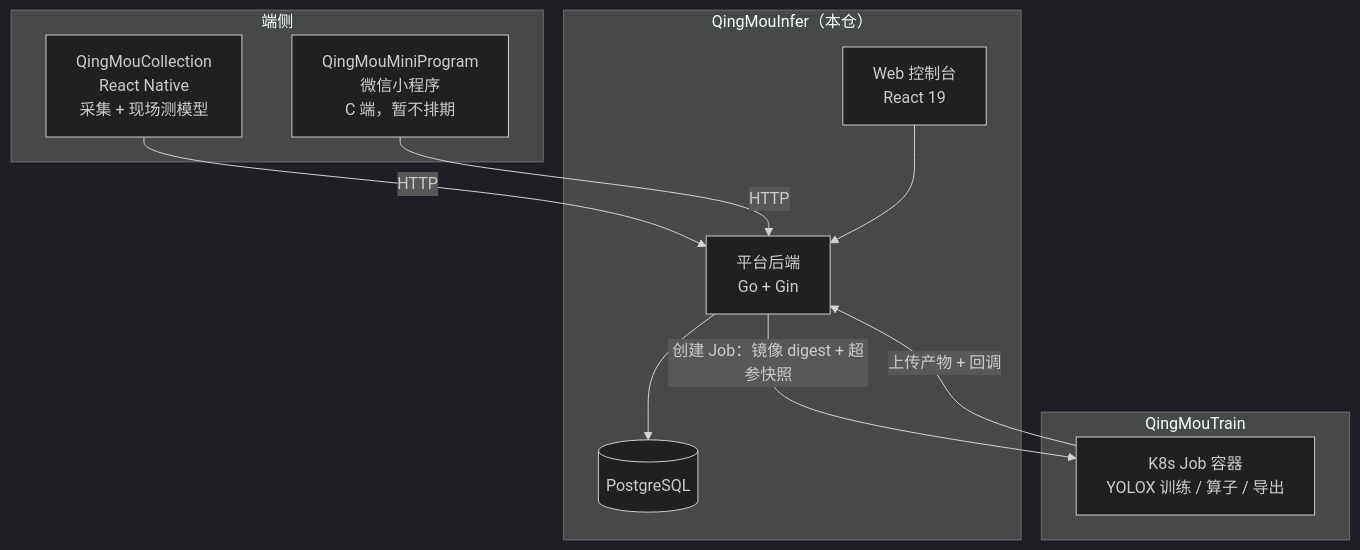
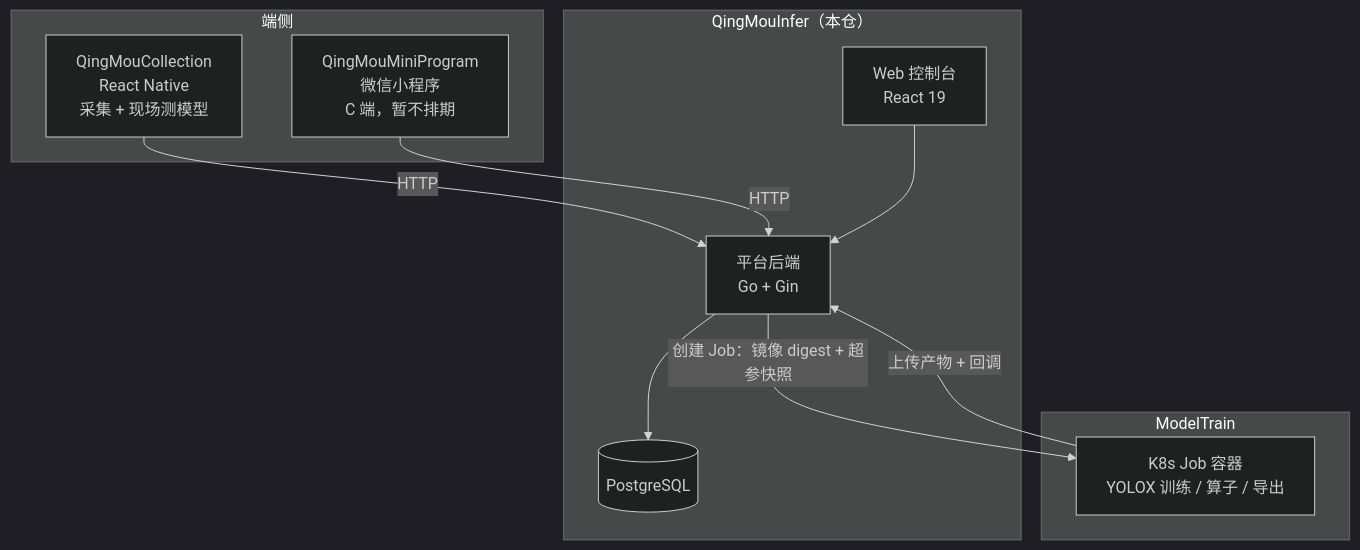
One commit to QingMouFoodDate/TrainPlatform changed the diagram in README.md. Above: the diagram before and after it, drawn with Mermaid (dark theme). The commit also changed other lines of this file, not shown here.

````diff
--- a/README.md
+++ b/README.md
@@ -42,22 +42,22 @@
 ```mermaid
 flowchart TB
     subgraph End["端侧"]
         RN["QingMouCollection<br/>React Native<br/>采集 + 现场测模型"]
         MP["QingMouMiniProgram<br/>微信小程序<br/>C 端，暂不排期"]
     end
     subgraph I["QingMouInfer（本仓）"]
         WEB["Web 控制台<br/>React 19"]
         API["平台后端<br/>Go + Gin"]
         DB[("PostgreSQL")]
     end
-    subgraph T["QingMouTrain"]
+    subgraph T["ModelTrain"]
         JOB["K8s Job 容器<br/>YOLOX 训练 / 算子 / 导出"]
     end
 
     RN -->|HTTP| API
     MP -->|HTTP| API
     WEB --> API
     API --> DB
     API -->|"创建 Job：镜像 digest + 超参快照"| JOB
     JOB -->|"上传产物 + 回调"| API
 ```
````
